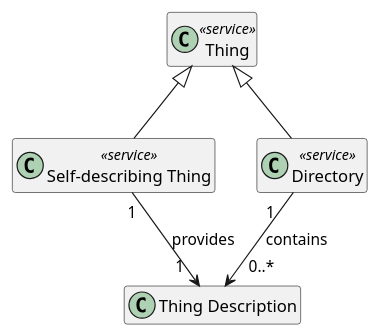
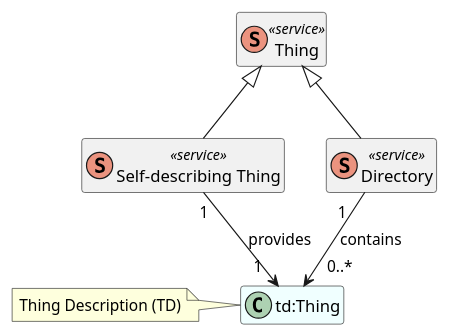
Before and after one commit to w3c/wot-discovery: the diagram in images/exploration-class-diagram.puml, drawn with PlantUML. The commit also changed 4 other files, not shown here.

Commit message:
Improvements to diagrams and text

```diff
--- a/images/exploration-class-diagram.puml
+++ b/images/exploration-class-diagram.puml
@@ -1,21 +1,22 @@
 @startuml exploration-class-diagram
 /' global configurations '/
 hide methods
 hide members
 
-class Thing <<service>>
+class Thing <<(S,#eb937f) service>>
 together {
-    class SelfDesc as "Self-describing Thing" <<service>>
-    class Directory <<service>>
+    class SelfDesc as "Self-describing Thing" <<(S,#eb937f) service>>
+    class Directory <<(S,#eb937f) service>>
 }
 
-class TD as "Thing Description"
+class TD as "td:Thing" #Azure
+note left: Thing Description (TD)
 
 /' relations '/
 Thing <|-- SelfDesc
 Thing <|-- Directory
 SelfDesc "1" --> "1  " TD: provides
 Directory "1   " --> "   0..*" TD: contains
 
 
 @enduml
```
